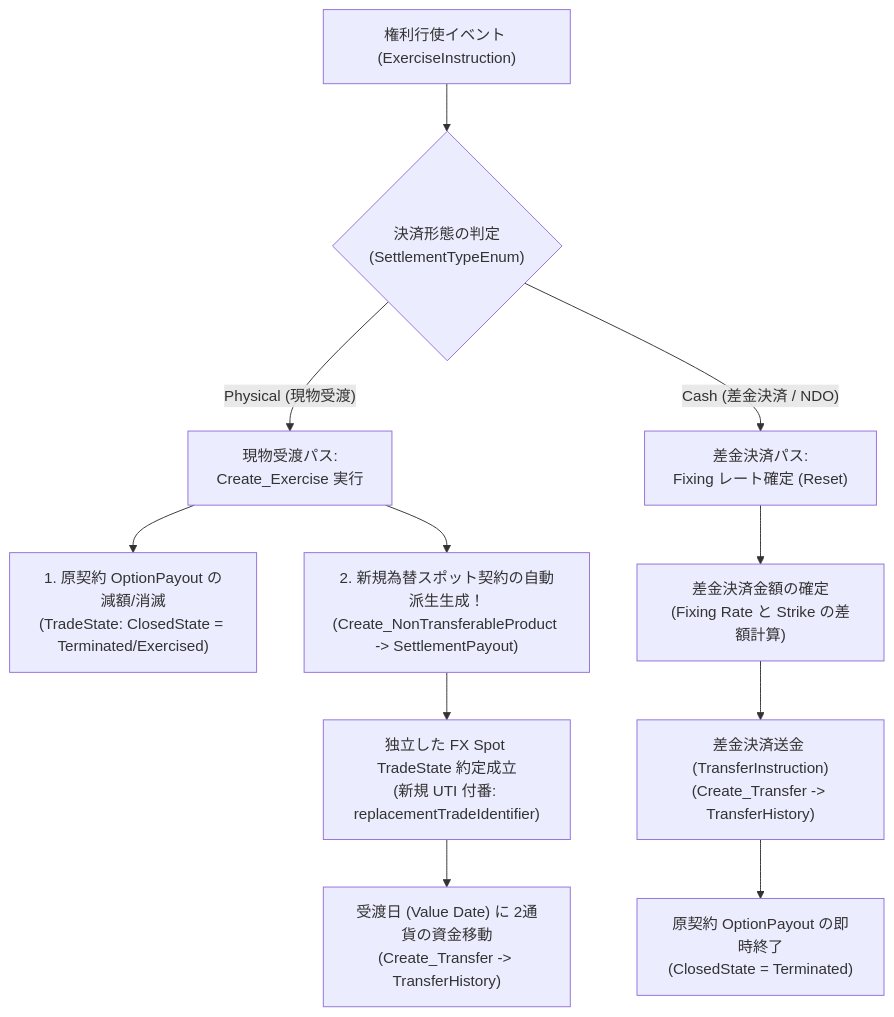
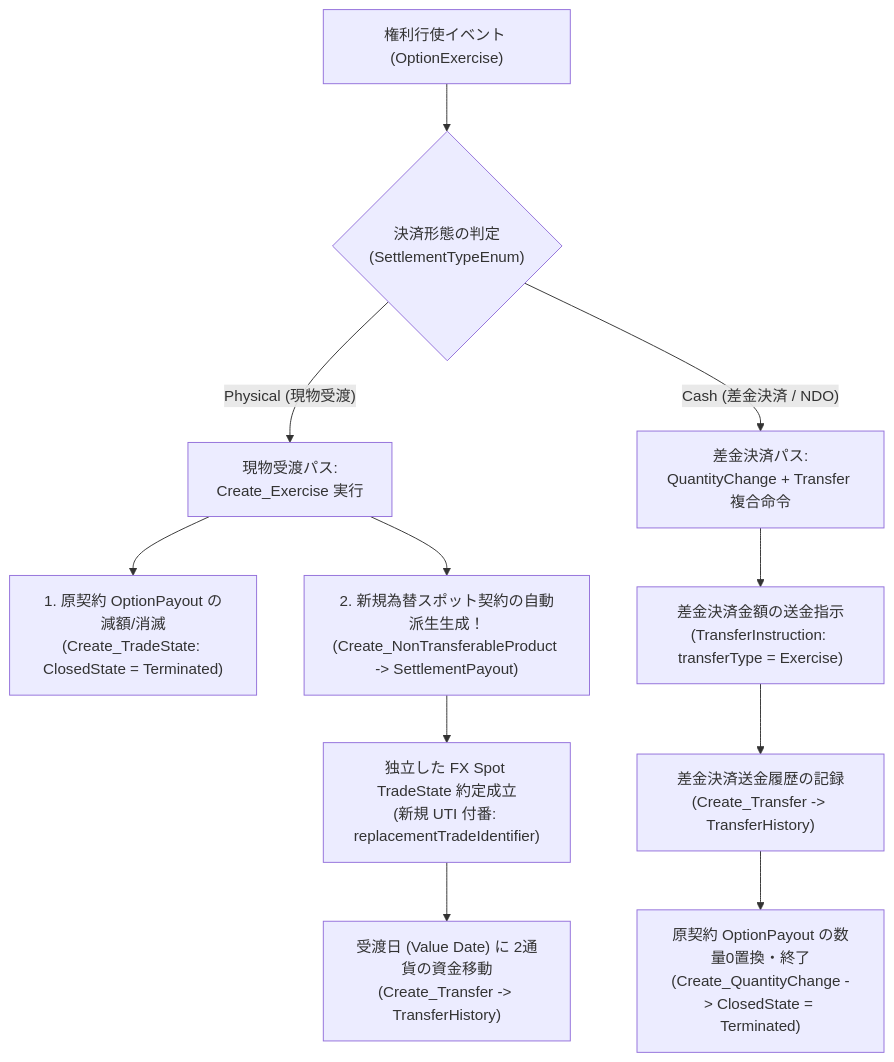
One commit to matsuuramasakazu/my_cdm_wiki changed diagram 13 of 16 in cdm_wiki/concepts/fx_products_and_synthetic_forward.md. Above: the diagram before and after it, drawn with Mermaid. The commit also changed other lines of this file and 5 other files, not shown here.

````diff
--- a/cdm_wiki/concepts/fx_products_and_synthetic_forward.md
+++ b/cdm_wiki/concepts/fx_products_and_synthetic_forward.md
@@ -816,16 +814,16 @@
 ```mermaid
 flowchart TD
-    Exercise["権利行使イベント (ExerciseInstruction)"]
+    Exercise["権利行使イベント (OptionExercise)"]
     Exercise --> CheckSettlement{"決済形態の判定<br>(SettlementTypeEnum)"}
     
     CheckSettlement -->|"Physical (現物受渡)"| PhysPath["現物受渡パス:<br>Create_Exercise 実行"]
-    PhysPath --> Split1["1. 原契約 OptionPayout の減額/消滅<br>(TradeState: ClosedState = Terminated/Exercised)"]
+    PhysPath --> Split1["1. 原契約 OptionPayout の減額/消滅<br>(Create_TradeState: ClosedState = Terminated)"]
     PhysPath --> Split2["2. 新規為替スポット契約の自動派生生成！<br>(Create_NonTransferableProduct -> SettlementPayout)"]
     Split2 --> NewSpot["独立した FX Spot TradeState 約定成立<br>(新規 UTI 付番: replacementTradeIdentifier)"]
     NewSpot --> SpotSettle["受渡日 (Value Date) に 2通貨の資金移動<br>(Create_Transfer -> TransferHistory)"]
 
-    CheckSettlement -->|"Cash (差金決済 / NDO)"| CashPath["差金決済パス:<br>Fixing レート確定 (Reset)"]
-    CashPath --> CalcCash["差金決済金額の確定<br>(Fixing Rate と Strike の差額計算)"]
-    CalcCash --> CashTransfer["差金決済送金 (TransferInstruction)<br>(Create_Transfer -> TransferHistory)"]
-    CashTransfer --> CloseOpt["原契約 OptionPayout の即時終了<br>(ClosedState = Terminated)"]
+    CheckSettlement -->|"Cash (差金決済 / NDO)"| CashPath["差金決済パス:<br>QuantityChange + Transfer 複合命令"]
+    CashPath --> CalcCash["差金決済金額の送金指示<br>(TransferInstruction: transferType = Exercise)"]
+    CalcCash --> CashTransfer["差金決済送金履歴の記録<br>(Create_Transfer -> TransferHistory)"]
+    CashTransfer --> CloseOpt["原契約 OptionPayout の数量0置換・終了<br>(Create_QuantityChange -> ClosedState = Terminated)"]
 ```
````
